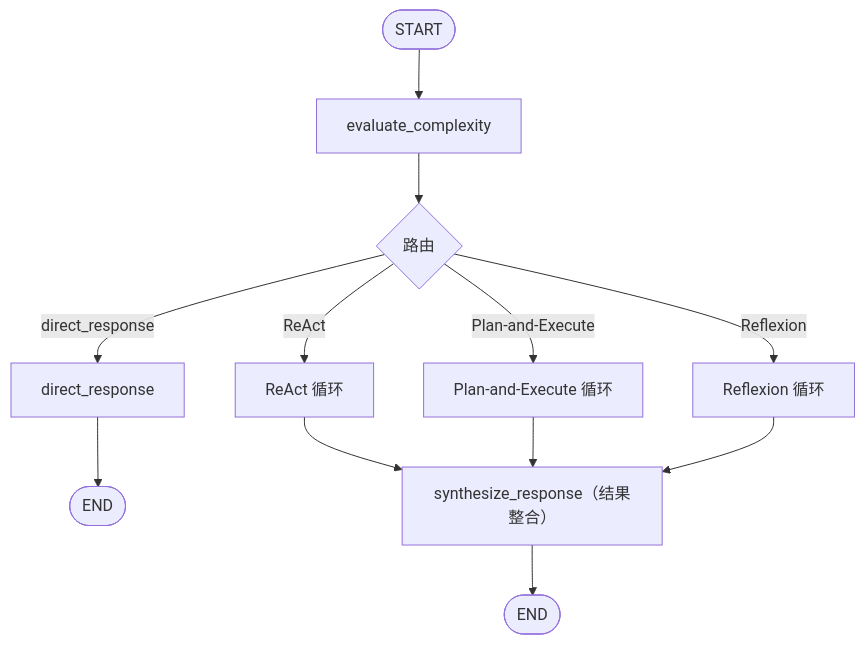
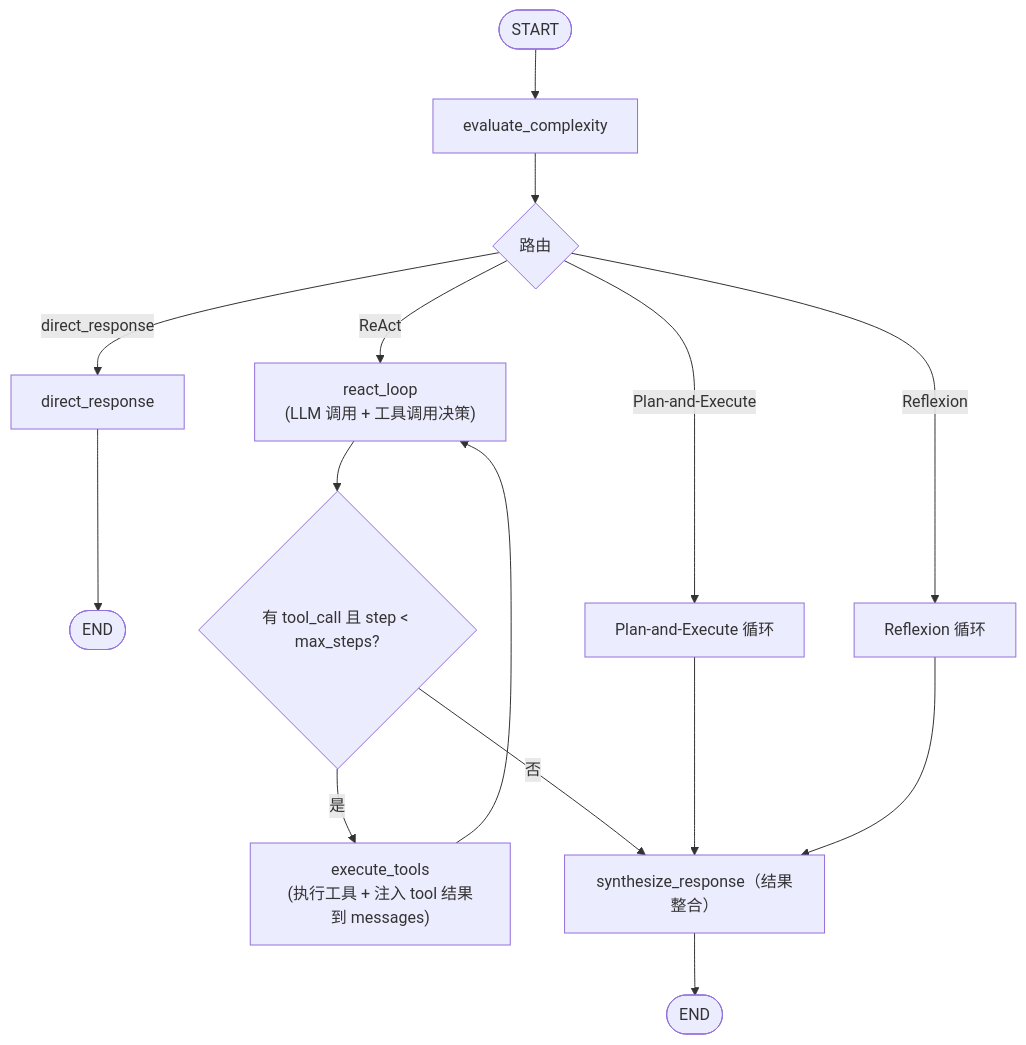
The second of 6 diagrams in dehaze-doc/docs/03-模块设计/核心模块/AI对话/后端实现-多步推理.md (earthy-zinc/dehaze-system), drawn with Mermaid before and after one commit. The commit also changed other lines of this file and 126 other files, not shown here.

````diff
--- a/dehaze-doc/docs/03-模块设计/核心模块/AI对话/后端实现-多步推理.md
+++ b/dehaze-doc/docs/03-模块设计/核心模块/AI对话/后端实现-多步推理.md
@@ -58,10 +100,13 @@
 ```mermaid
 flowchart TD
     START([START]) --> B["evaluate_complexity"]
     B --> C{"路由"}
     C -->|direct_response| D["direct_response"] --> END1([END])
-    C -->|ReAct| E["ReAct 循环"] --> S
+    C -->|ReAct| E["react_loop<br/>(LLM 调用 + 工具调用决策)"]
+    E --> E1{"有 tool_call 且 step < max_steps?"}
+    E1 -->|是| T["execute_tools<br/>(执行工具 + 注入 tool 结果到 messages)"] --> E
+    E1 -->|否| S["synthesize_response"]
     C -->|Plan-and-Execute| F["Plan-and-Execute 循环"] --> S
     C -->|Reflexion| G["Reflexion 循环"] --> S
     S["synthesize_response（结果整合）"] --> END2([END])
 ```
````
